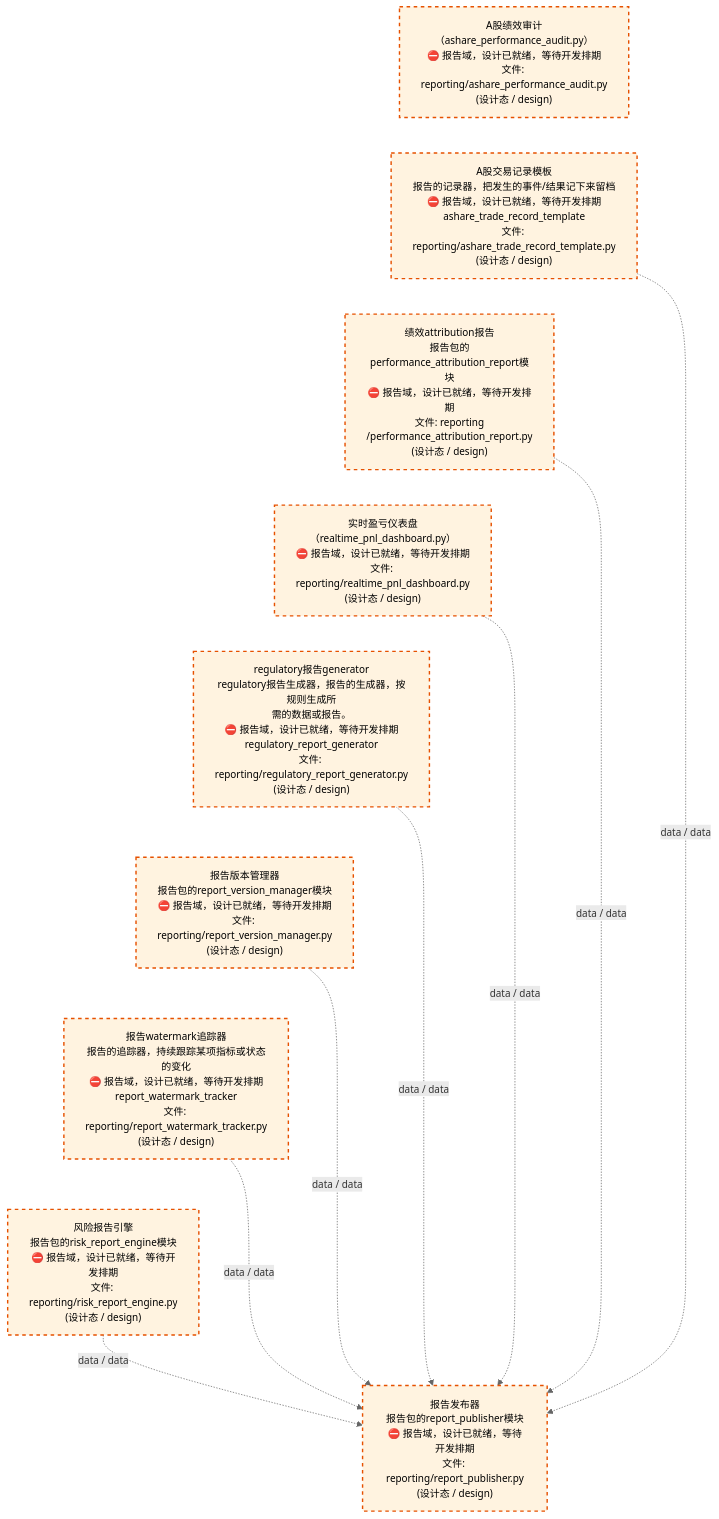
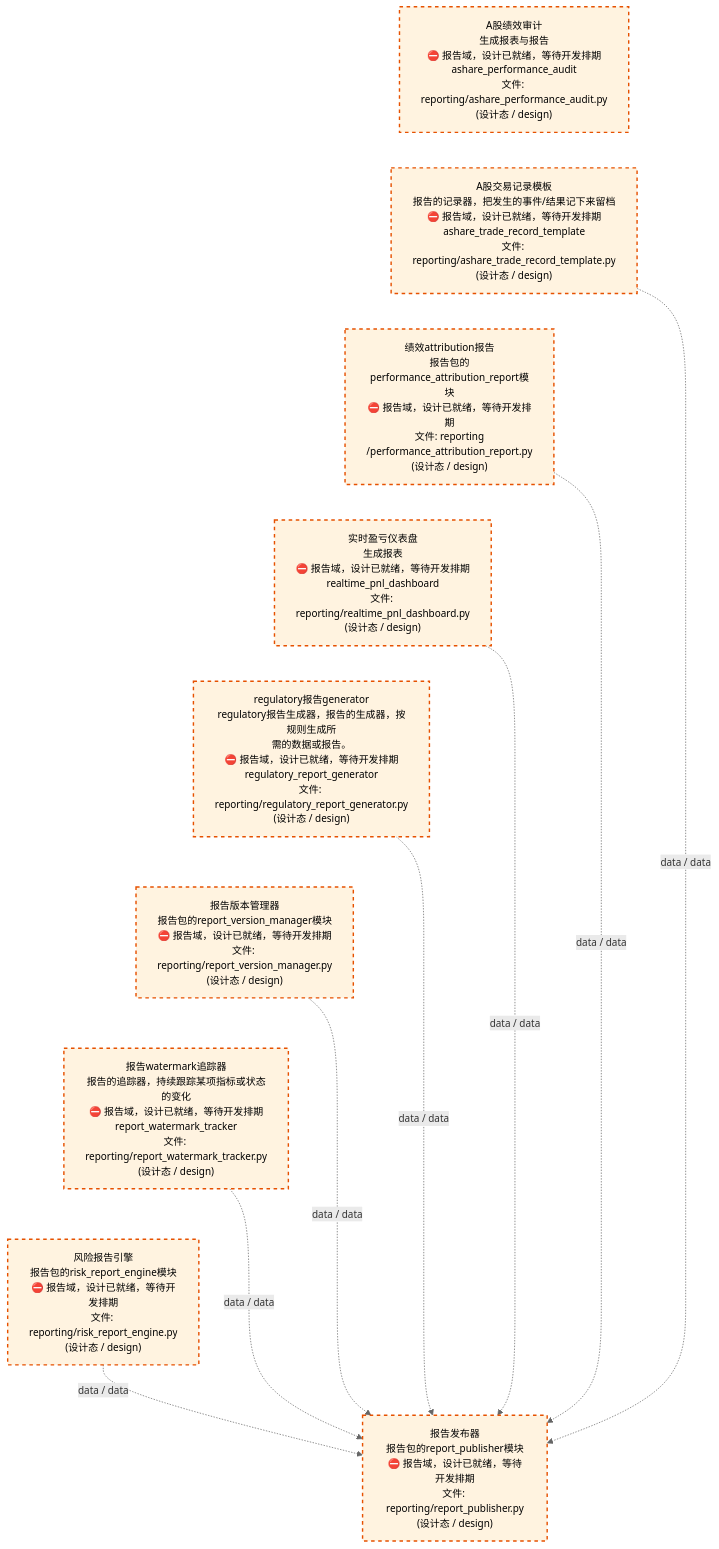
The third of 4 diagrams in docs/02_enterprise_architecture/02_domain_architecture_docs/26_d_reporting.md (xuanFelixVan/ZephyrAlpha), drawn with Mermaid before and after one commit. The commit also changed other lines of this file and 30 other files, not shown here.

````diff
--- a/docs/02_enterprise_architecture/02_domain_architecture_docs/26_d_reporting.md
+++ b/docs/02_enterprise_architecture/02_domain_architecture_docs/26_d_reporting.md
@@ -137,32 +137,32 @@
 ```mermaid
 %%{init: {'theme': 'base', 'themeVariables': {'primaryColor': '#eaeaea', 'primaryTextColor': '#333333', 'primaryBorderColor': '#666666', 'lineColor': '#666666', 'secondaryColor': '#eaeaea', 'tertiaryColor': '#eaeaea', 'fontSize': '14px'}}}%%
 flowchart TD
-    src_zephyr_reporting_ashare_performance_audit_py["A股绩效审计<br/>（ashare_performance_audit.py）<br/>⛔ 报告域，设计已就绪，等待开发排期<br/>文件: reporting/ashare_performance_audit.py<br/>(设计态 / design)"]
+    src_zephyr_reporting_ashare_performance_audit_py["A股绩效审计<br/>生成报表与报告<br/>⛔ 报告域，设计已就绪，等待开发排期<br/>ashare_performance_audit<br/>文件: reporting/ashare_performance_audit.py<br/>(设计态 / design)"]
     src_zephyr_reporting_ashare_trade_record_template_py["A股交易记录模板<br/>报告的记录器，把发生的事件/结果记下来留档<br/>⛔ 报告域，设计已就绪，等待开发排期<br/>ashare_trade_record_template<br/>文件: reporting/ashare_trade_record_template.py<br/>(设计态 / design)"]
     src_zephyr_reporting_performance_attribution_report_py["绩效attribution报告<br/>报告包的performance_attribution_report模块<br/>⛔ 报告域，设计已就绪，等待开发排期<br/>文件: reporting<br/>/performance_attribution_report.py<br/>(设计态 / design)"]
-    src_zephyr_reporting_realtime_pnl_dashboard_py["实时盈亏仪表盘<br/>（realtime_pnl_dashboard.py）<br/>⛔ 报告域，设计已就绪，等待开发排期<br/>文件: reporting/realtime_pnl_dashboard.py<br/>(设计态 / design)"]
+    src_zephyr_reporting_realtime_pnl_dashboard_py["实时盈亏仪表盘<br/>生成报表<br/>⛔ 报告域，设计已就绪，等待开发排期<br/>realtime_pnl_dashboard<br/>文件: reporting/realtime_pnl_dashboard.py<br/>(设计态 / design)"]
     src_zephyr_reporting_regulatory_report_generator_py["regulatory报告generator<br/>regulatory报告生成器，报告的生成器，按规则生成所<br/>需的数据或报告。<br/>⛔ 报告域，设计已就绪，等待开发排期<br/>regulatory_report_generator<br/>文件: reporting/regulatory_report_generator.py<br/>(设计态 / design)"]
     src_zephyr_reporting_report_version_manager_py["报告版本管理器<br/>报告包的report_version_manager模块<br/>⛔ 报告域，设计已就绪，等待开发排期<br/>文件: reporting/report_version_manager.py<br/>(设计态 / design)"]
     src_zephyr_reporting_report_watermark_tracker_py["报告watermark追踪器<br/>报告的追踪器，持续跟踪某项指标或状态的变化<br/>⛔ 报告域，设计已就绪，等待开发排期<br/>report_watermark_tracker<br/>文件: reporting/report_watermark_tracker.py<br/>(设计态 / design)"]
     src_zephyr_reporting_risk_report_engine_py["风险报告引擎<br/>报告包的risk_report_engine模块<br/>⛔ 报告域，设计已就绪，等待开发排期<br/>文件: reporting/risk_report_engine.py<br/>(设计态 / design)"]
     src_zephyr_reporting_ashare_performance_audit_py ~~~ src_zephyr_reporting_ashare_trade_record_template_py
     src_zephyr_reporting_ashare_trade_record_template_py ~~~ src_zephyr_reporting_performance_attribution_report_py
     src_zephyr_reporting_performance_attribution_report_py ~~~ src_zephyr_reporting_realtime_pnl_dashboard_py
     src_zephyr_reporting_realtime_pnl_dashboard_py ~~~ src_zephyr_reporting_regulatory_report_generator_py
     src_zephyr_reporting_regulatory_report_generator_py ~~~ src_zephyr_reporting_report_version_manager_py
     src_zephyr_reporting_report_version_manager_py ~~~ src_zephyr_reporting_report_watermark_tracker_py
     src_zephyr_reporting_report_watermark_tracker_py ~~~ src_zephyr_reporting_risk_report_engine_py
     src_zephyr_reporting_report_publisher_py["报告发布器<br/>报告包的report_publisher模块<br/>⛔ 报告域，设计已就绪，等待开发排期<br/>文件: reporting/report_publisher.py<br/>(设计态 / design)"]
     src_zephyr_reporting_ashare_trade_record_template_py -.->|data / data| src_zephyr_reporting_report_publisher_py
     src_zephyr_reporting_realtime_pnl_dashboard_py -.->|data / data| src_zephyr_reporting_report_publisher_py
     src_zephyr_reporting_regulatory_report_generator_py -.->|data / data| src_zephyr_reporting_report_publisher_py
     src_zephyr_reporting_risk_report_engine_py -.->|data / data| src_zephyr_reporting_report_publisher_py
     src_zephyr_reporting_report_version_manager_py -.->|data / data| src_zephyr_reporting_report_publisher_py
     src_zephyr_reporting_performance_attribution_report_py -.->|data / data| src_zephyr_reporting_report_publisher_py
     src_zephyr_reporting_report_watermark_tracker_py -.->|data / data| src_zephyr_reporting_report_publisher_py
     classDef production fill:#e1f5fe,stroke:#01579b,stroke-width:2px,color:#000
     classDef design fill:#fff3e0,stroke:#e65100,stroke-width:2px,color:#000,stroke-dasharray: 5 5
     classDef external_prod fill:#e8f4fd,stroke:#0277bd,stroke-width:1px,color:#000
     classDef external_design fill:#fff8e7,stroke:#ef6c00,stroke-width:1px,color:#000,stroke-dasharray: 5 5
     class src_zephyr_reporting_ashare_performance_audit_py,src_zephyr_reporting_ashare_trade_record_template_py,src_zephyr_reporting_performance_attribution_report_py,src_zephyr_reporting_realtime_pnl_dashboard_py,src_zephyr_reporting_regulatory_report_generator_py,src_zephyr_reporting_report_publisher_py,src_zephyr_reporting_report_version_manager_py,src_zephyr_reporting_report_watermark_tracker_py,src_zephyr_reporting_risk_report_engine_py design
 ```
````
